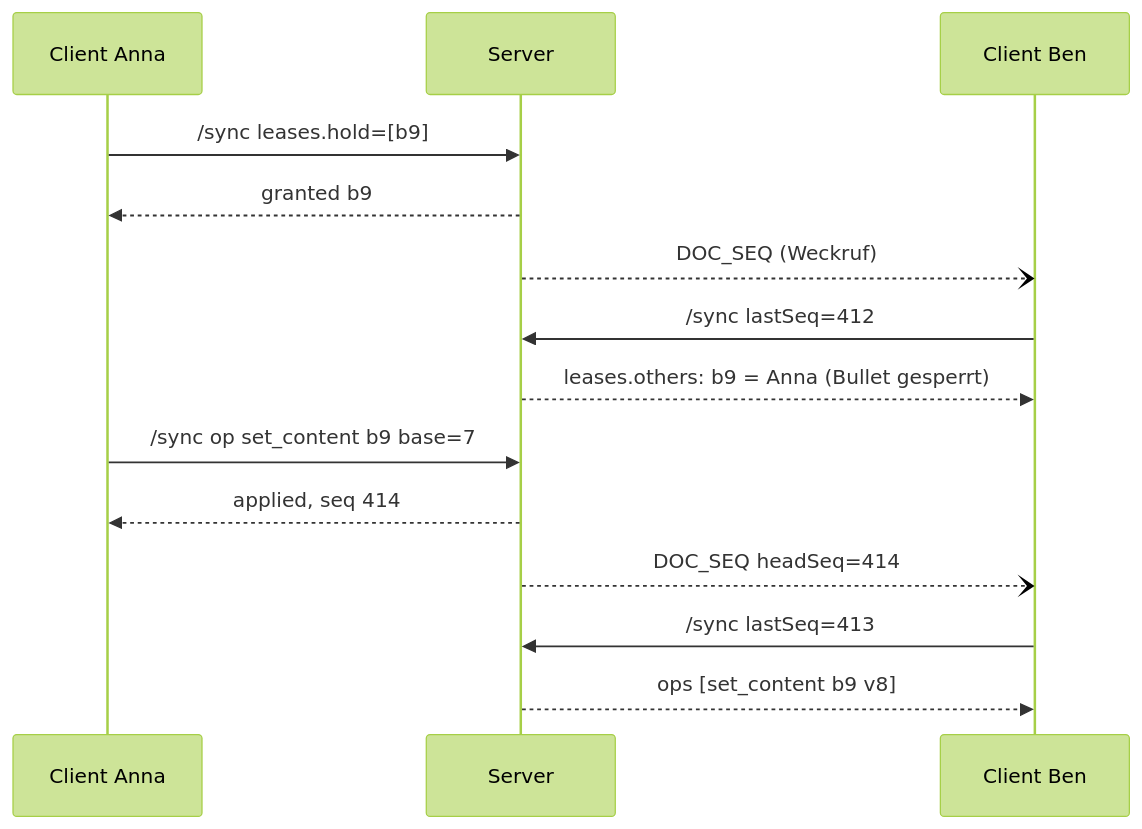
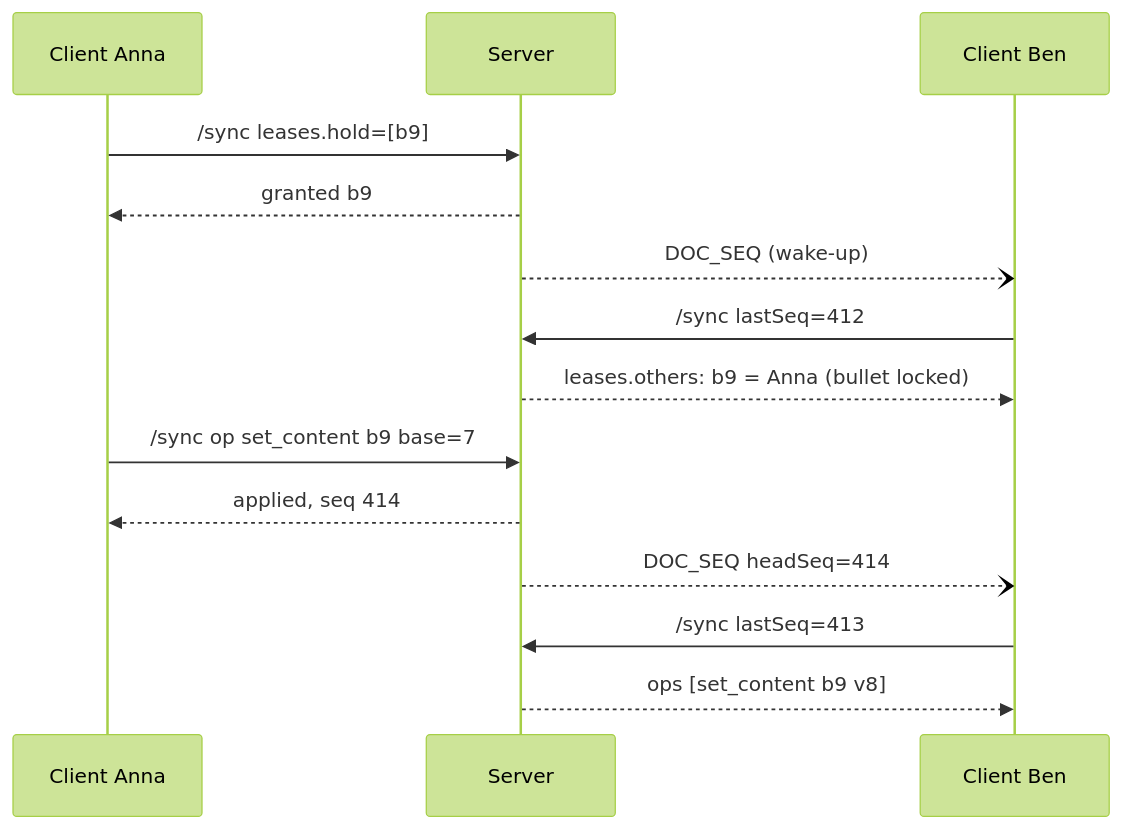
Before and after one commit to mindsift-app/mindsift: the diagram in Doku/modules/collaboration.md, drawn with Mermaid (forest theme). The commit also changed other lines of this file and 18 other files, not shown here.

````diff
--- a/Doku/modules/collaboration.md
+++ b/Doku/modules/collaboration.md
@@ -74,16 +74,16 @@
 ```mermaid
 sequenceDiagram
   participant A as Client Anna
   participant S as Server
   participant B as Client Ben
   A->>S: /sync leases.hold=[b9]
   S-->>A: granted b9
-  S--)B: DOC_SEQ (Weckruf)
+  S--)B: DOC_SEQ (wake-up)
   B->>S: /sync lastSeq=412
-  S-->>B: leases.others: b9 = Anna (Bullet gesperrt)
+  S-->>B: leases.others: b9 = Anna (bullet locked)
   A->>S: /sync op set_content b9 base=7
   S-->>A: applied, seq 414
   S--)B: DOC_SEQ headSeq=414
   B->>S: /sync lastSeq=413
   S-->>B: ops [set_content b9 v8]
 ```
````
